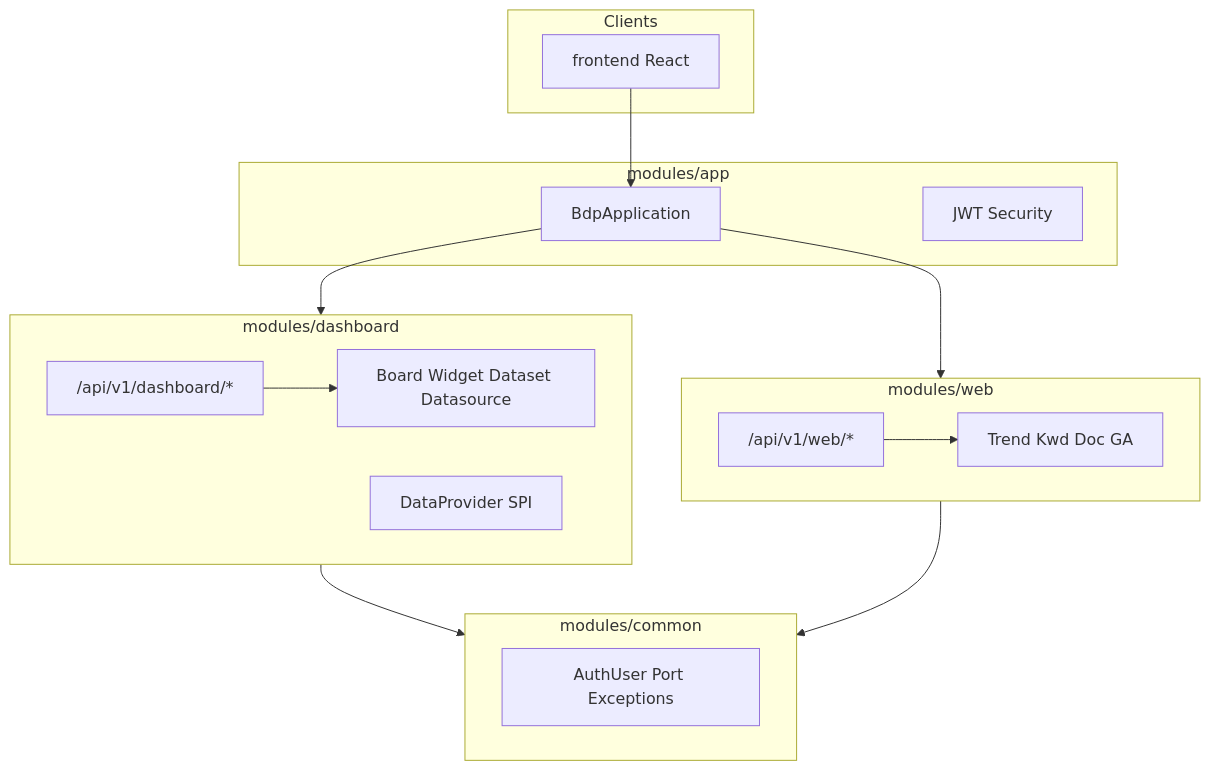
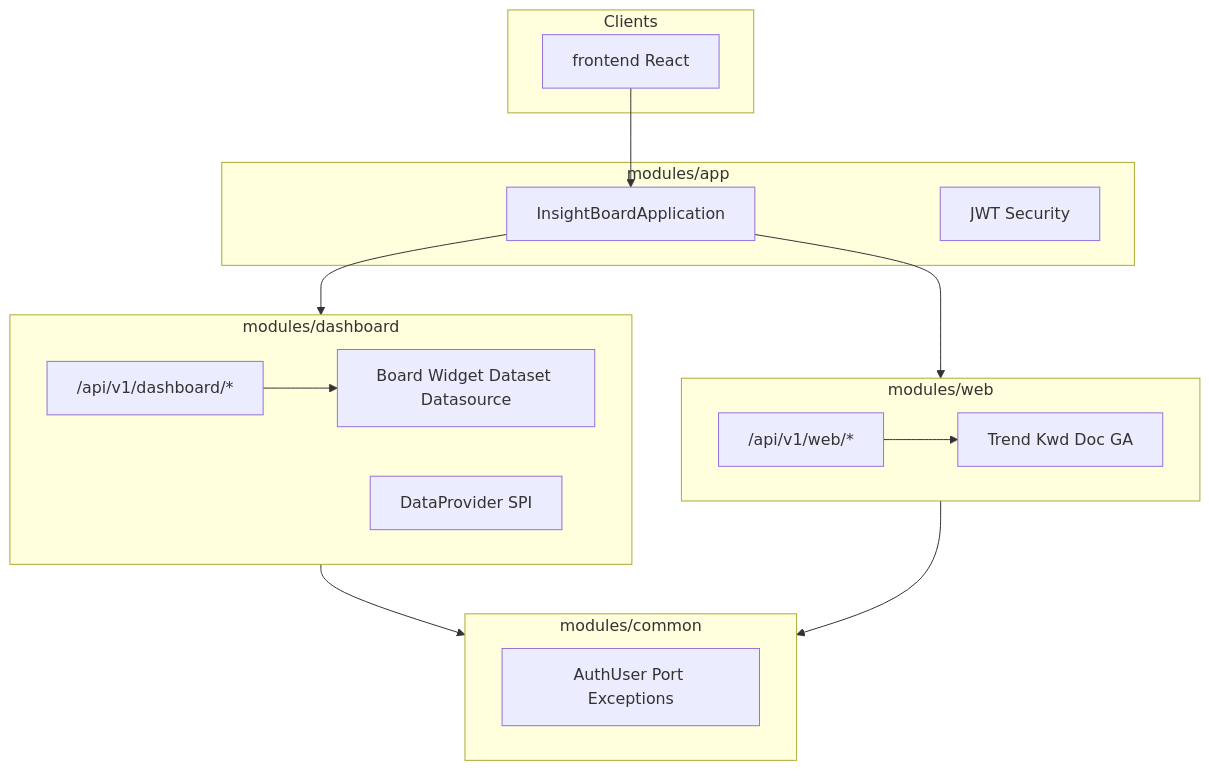
One commit to flyingkatsudon/katsulabs-bi changed the diagram in docs/08-REBUILD_DIRECTION_V2.md. Above: the diagram before and after it, drawn with Mermaid. The commit also changed other lines of this file and 225 other files, not shown here.

First line of the commit message:
Rename project to InsightBoard (insight-board)

````diff
--- a/docs/08-REBUILD_DIRECTION_V2.md
+++ b/docs/08-REBUILD_DIRECTION_V2.md
@@ -40,29 +40,29 @@
 ```mermaid
 flowchart TB
   subgraph clients [Clients]
     FE[frontend React]
   end
   subgraph app_mod [modules/app]
-    Boot[BdpApplication]
+    Boot[InsightBoardApplication]
     Sec[JWT Security]
   end
   subgraph dash [modules/dashboard]
     DAPI["/api/v1/dashboard/*"]
     DDomain[Board Widget Dataset Datasource]
     DSP[DataProvider SPI]
   end
   subgraph web_mod [modules/web]
     WAPI["/api/v1/web/*"]
     WQuery[Trend Kwd Doc GA]
   end
   subgraph common_mod [modules/common]
     Kernel[AuthUser Port Exceptions]
   end
   FE --> Boot
   Boot --> dash
   Boot --> web_mod
   dash --> common_mod
   web_mod --> common_mod
   DAPI --> DDomain
   WAPI --> WQuery
 ```
````
